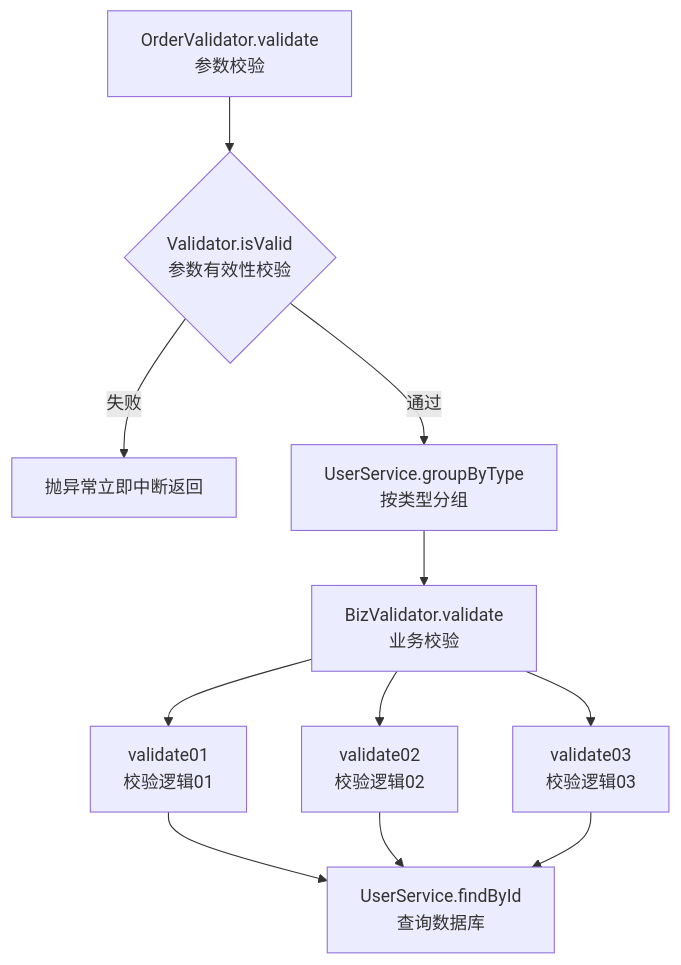
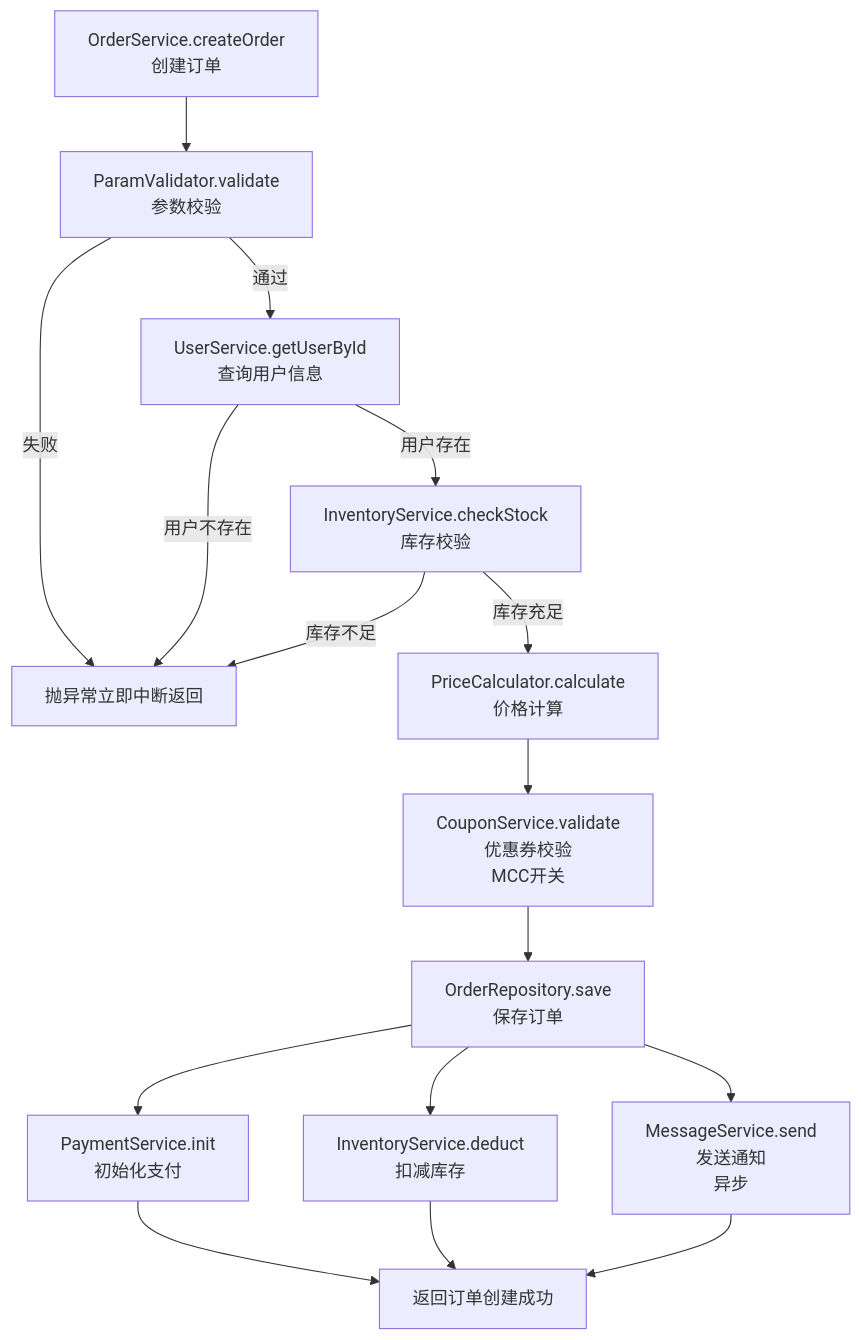
Before and after one commit to syntax-ghost-x/skill-vault: the diagram in code-weave/SKILL.md, drawn with Mermaid. The commit also changed other lines of this file, not shown here.

Commit message:
code-weave  优化描述

````diff
--- a/code-weave/SKILL.md
+++ b/code-weave/SKILL.md
@@ -51,17 +48,18 @@
 ```mermaid
 flowchart TD
-    Validate["OrderValidator.validate<br>参数校验"]
-
-    Validate --> Check{"Validator.isValid<br>参数有效性校验"}
-    Check -->|失败| ReturnErr["抛异常立即中断返回"]
-    Check -->|通过| GroupByType["UserService.groupByType<br>按类型分组"]
-
-    GroupByType --> BizValidate["BizValidator.validate<br>业务校验"]
-
-    BizValidate --> E1 & E2 & E3
-    E1["validate01<br>校验逻辑01"]
-    E2["validate02<br>校验逻辑02"]
-    E3["validate03<br>校验逻辑03"]
-
-    E1 & E2 & E3 --> QueryDB["UserService.findById<br>查询数据库"]
+    Entry["OrderService.createOrder<br>创建订单"]
+    Entry --> ParamCheck["ParamValidator.validate<br>参数校验"]
+    ParamCheck -->|失败| ReturnErr["抛异常立即中断返回"]
+    ParamCheck -->|通过| QueryUser["UserService.getUserById<br>查询用户信息"]
+    QueryUser -->|用户不存在| ReturnErr
+    QueryUser -->|用户存在| StockCheck["InventoryService.checkStock<br>库存校验"]
+    StockCheck -->|库存不足| ReturnErr
+    StockCheck -->|库存充足| PriceCalc["PriceCalculator.calculate<br>价格计算"]
+    PriceCalc --> Coupon["CouponService.validate<br>优惠券校验<br>MCC开关"]
+    Coupon --> SaveOrder["OrderRepository.save<br>保存订单"]
+    SaveOrder --> PayInit & StockDeduct & Notify
+    PayInit["PaymentService.init<br>初始化支付"]
+    StockDeduct["InventoryService.deduct<br>扣减库存"]
+    Notify["MessageService.send<br>发送通知<br>异步"]
+    PayInit & StockDeduct & Notify --> Done["返回订单创建成功"]
 ```
````
